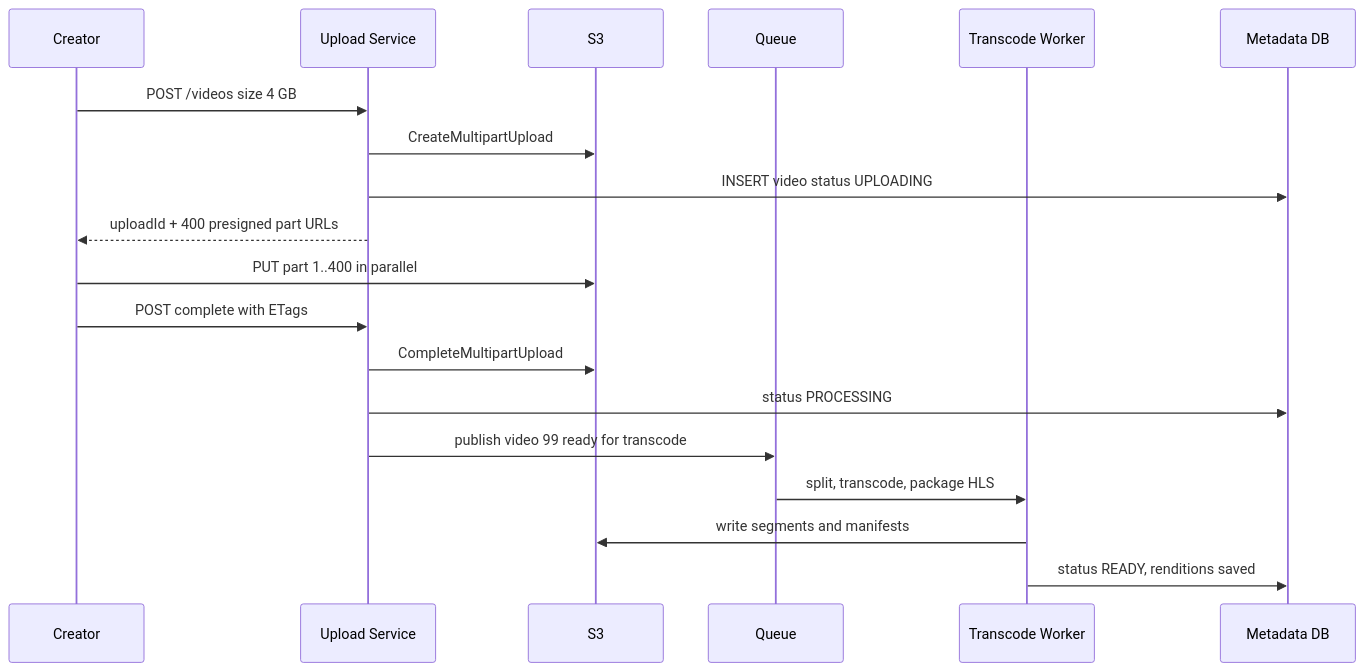
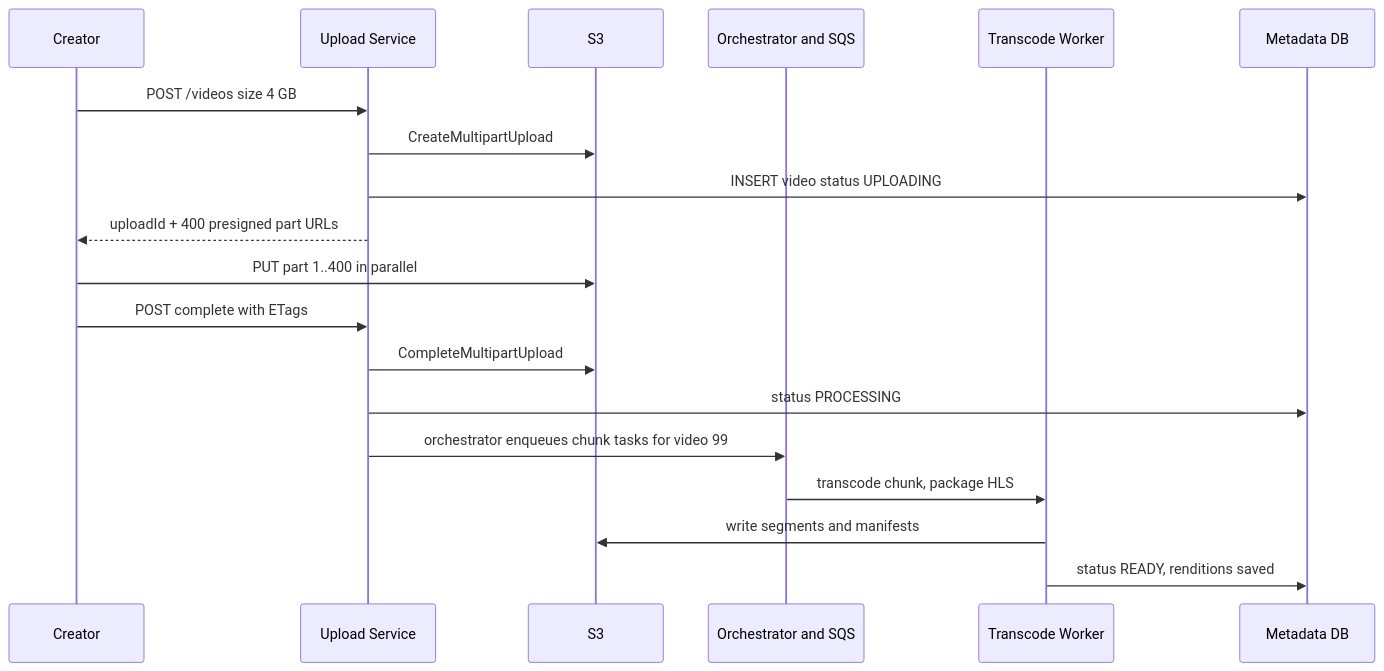
Before and after one commit to flow6979/system-design-prep: the second of 3 diagrams in content-en/02-questions/t1-07-youtube.md, drawn with Mermaid. The commit also changed other lines of this file and 61 other files, not shown here.

````diff
--- a/content-en/02-questions/t1-07-youtube.md
+++ b/content-en/02-questions/t1-07-youtube.md
@@ -108,21 +118,21 @@
 ```mermaid
 sequenceDiagram
   participant C as Creator
   participant U as Upload Service
   participant S as S3
-  participant Q as Queue
+  participant Q as Orchestrator and SQS
   participant W as Transcode Worker
   participant DB as Metadata DB
   C->>U: POST /videos size 4 GB
   U->>S: CreateMultipartUpload
   U->>DB: INSERT video status UPLOADING
   U-->>C: uploadId + 400 presigned part URLs
   C->>S: PUT part 1..400 in parallel
   C->>U: POST complete with ETags
   U->>S: CompleteMultipartUpload
   U->>DB: status PROCESSING
-  U->>Q: publish video 99 ready for transcode
-  Q->>W: split, transcode, package HLS
+  U->>Q: orchestrator enqueues chunk tasks for video 99
+  Q->>W: transcode chunk, package HLS
   W->>S: write segments and manifests
   W->>DB: status READY, renditions saved
 ```
````
